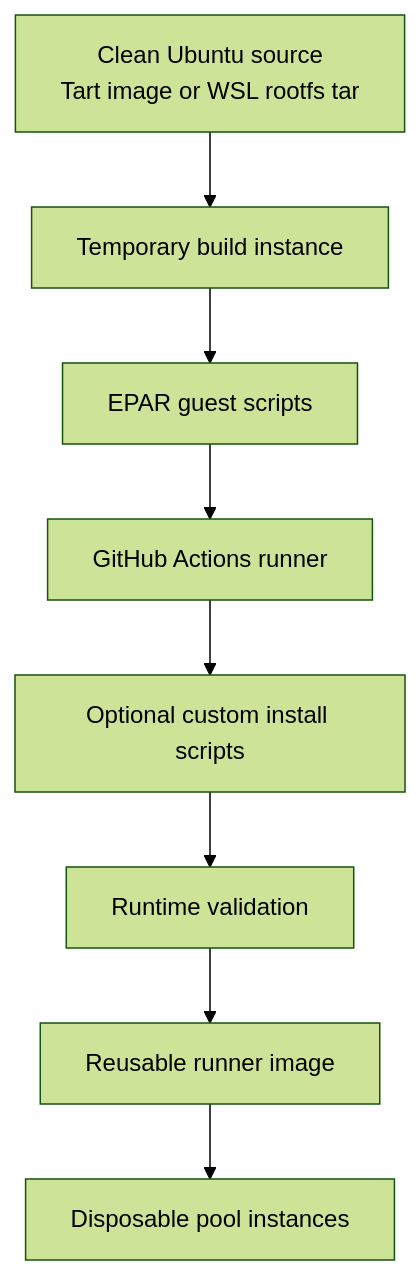
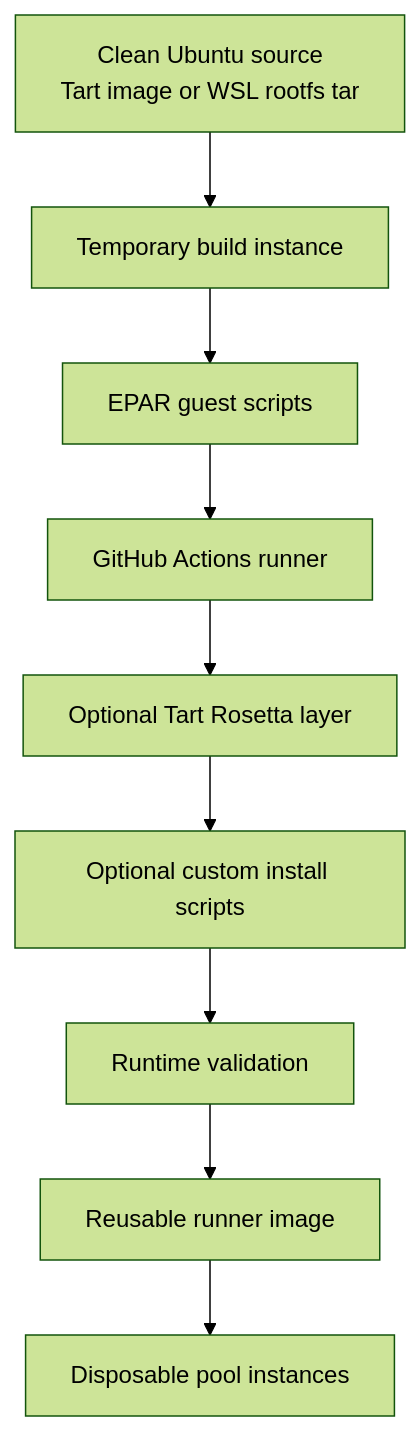
Before and after one commit to solutionforest/ephemeral-action-runner: the first of 2 diagrams in docs/image-build.md, drawn with Mermaid (forest theme). The commit also changed other lines of this file and 19 other files, not shown here.

Commit message:
feat: support Tart Rosetta amd64 containers

````diff
--- a/docs/image-build.md
+++ b/docs/image-build.md
@@ -19,10 +19,11 @@
 ```mermaid
 flowchart TD
   Source["Clean Ubuntu source<br/>Tart image or WSL rootfs tar"] --> Build["Temporary build instance"]
   Build --> Scripts["EPAR guest scripts"]
   Scripts --> Runner["GitHub Actions runner"]
-  Runner --> Custom["Optional custom install scripts"]
+  Runner --> Rosetta["Optional Tart Rosetta layer"]
+  Rosetta --> Custom["Optional custom install scripts"]
   Custom --> Validate["Runtime validation"]
   Validate --> Output["Reusable runner image"]
   Output --> Pool["Disposable pool instances"]
 ```
````
